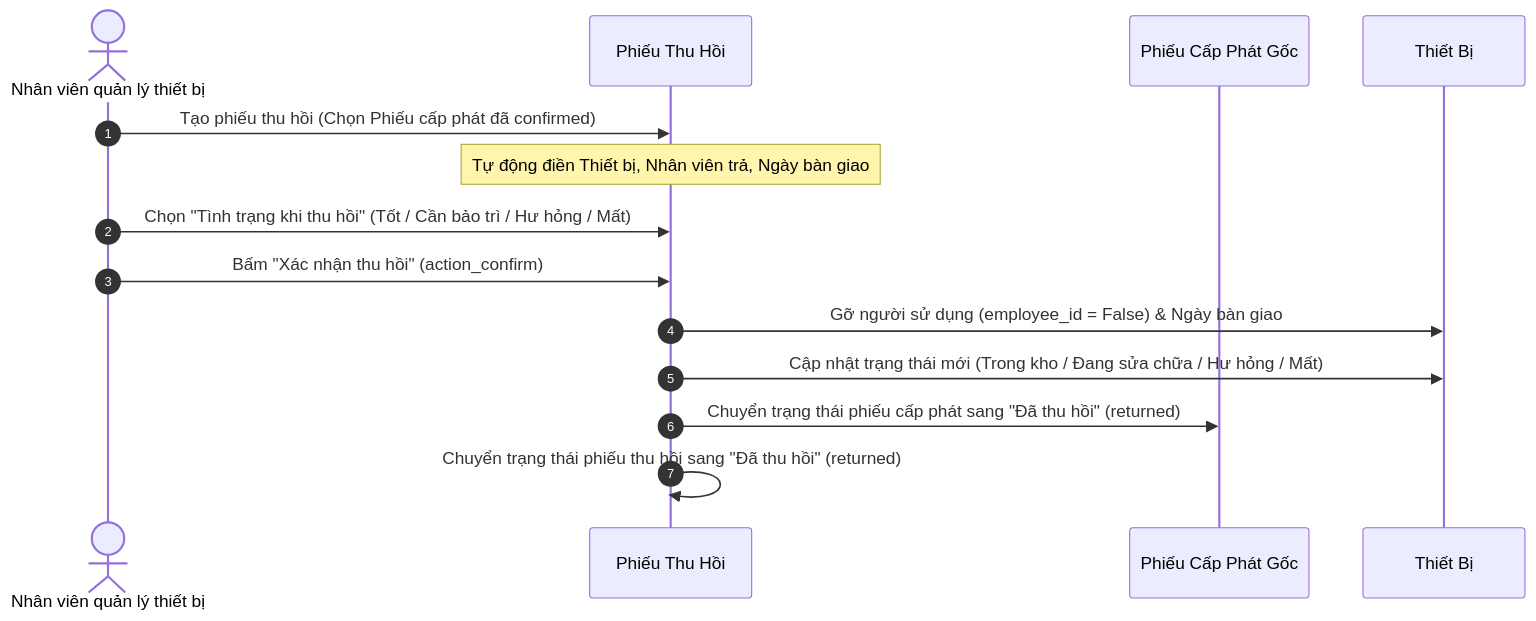
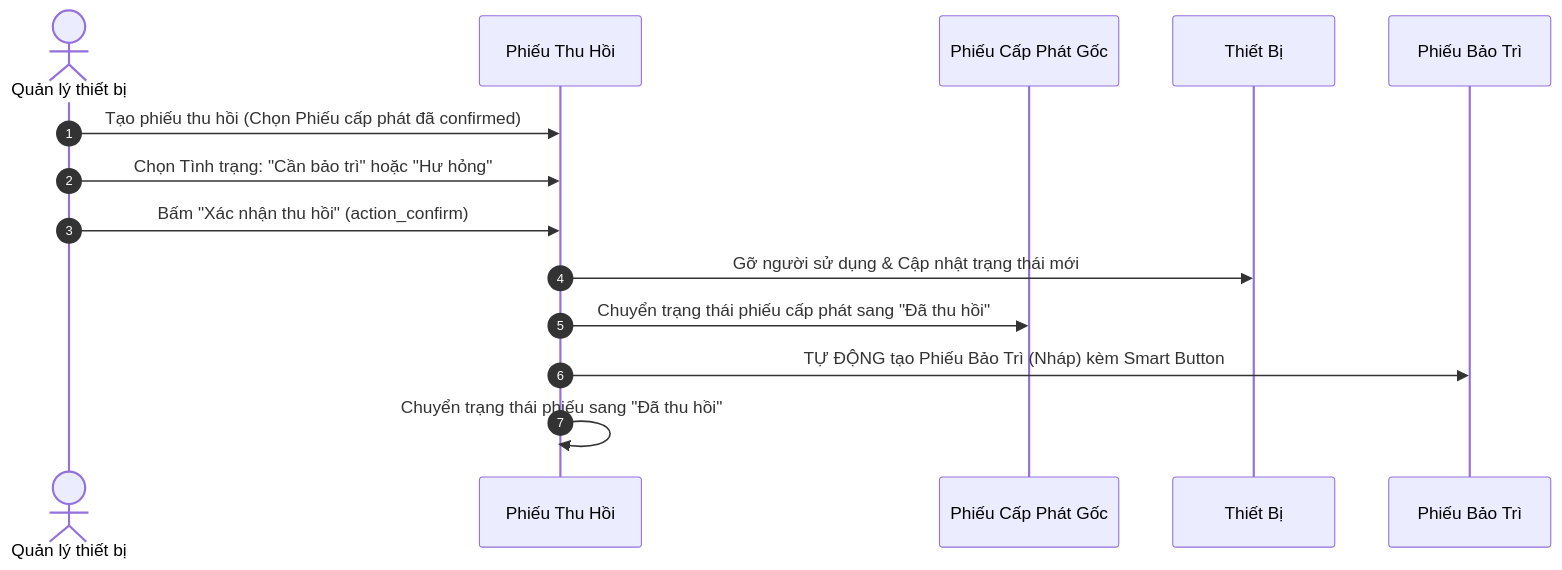
The third of 5 diagrams in README.md (ShibaDeku99/odoo-company-equipment), drawn with Mermaid before and after one commit. The commit also changed other lines of this file, not shown here.

Commit message:
docs: enrich README.md with full workflow diagrams, badges, and test guides

````diff
--- a/README.md
+++ b/README.md
@@ -106,17 +126,17 @@
 ```mermaid
 sequenceDiagram
     autonumber
-    actor NV as Nhân viên quản lý thiết bị
+    actor NV as Quản lý thiết bị
     participant TH as Phiếu Thu Hồi
     participant CP as Phiếu Cấp Phát Gốc
     participant TB as Thiết Bị
+    participant BT as Phiếu Bảo Trì
 
     NV->>TH: Tạo phiếu thu hồi (Chọn Phiếu cấp phát đã confirmed)
-    Note over TH: Tự động điền Thiết bị, Nhân viên trả, Ngày bàn giao
-    NV->>TH: Chọn "Tình trạng khi thu hồi" (Tốt / Cần bảo trì / Hư hỏng / Mất)
+    NV->>TH: Chọn Tình trạng: "Cần bảo trì" hoặc "Hư hỏng"
     NV->>TH: Bấm "Xác nhận thu hồi" (action_confirm)
-    TH->>TB: Gỡ người sử dụng (employee_id = False) & Ngày bàn giao
-    TH->>TB: Cập nhật trạng thái mới (Trong kho / Đang sửa chữa / Hư hỏng / Mất)
-    TH->>CP: Chuyển trạng thái phiếu cấp phát sang "Đã thu hồi" (returned)
-    TH->>TH: Chuyển trạng thái phiếu thu hồi sang "Đã thu hồi" (returned)
+    TH->>TB: Gỡ người sử dụng & Cập nhật trạng thái mới
+    TH->>CP: Chuyển trạng thái phiếu cấp phát sang "Đã thu hồi"
+    TH->>BT: TỰ ĐỘNG tạo Phiếu Bảo Trì (Nháp) kèm Smart Button
+    TH->>TH: Chuyển trạng thái phiếu sang "Đã thu hồi"
 ```
````
